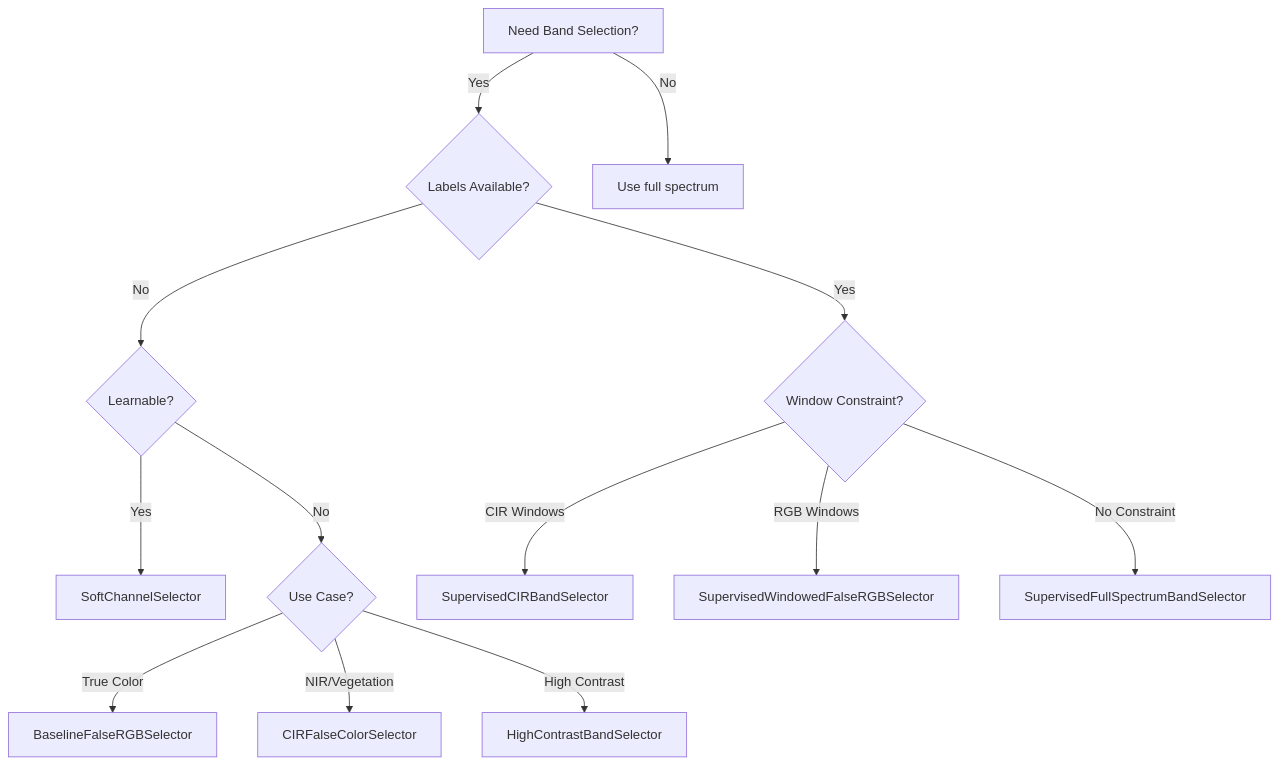
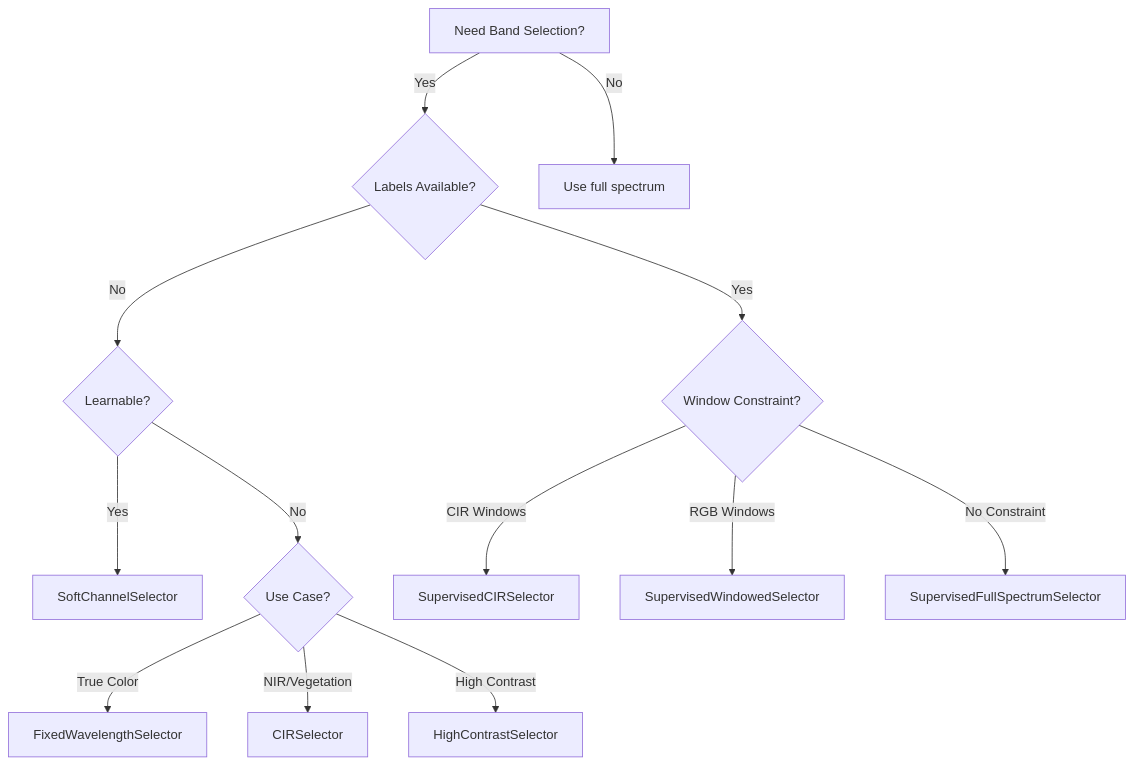
Before and after one commit to cubert-hyperspectral/cuvis-ai: the diagram in docs/node-catalog/selectors.md, drawn with Mermaid. The commit also changed other lines of this file and 145 other files, not shown here.

````diff
--- a/docs/node-catalog/selectors.md
+++ b/docs/node-catalog/selectors.md
@@ -750,19 +751,19 @@
 ```mermaid
 graph TD
     A[Need Band Selection?] -->|Yes| B{Labels Available?}
     A -->|No| Z[Use full spectrum]
 
     B -->|No| C{Learnable?}
     B -->|Yes| D{Window Constraint?}
 
     C -->|Yes| E[SoftChannelSelector]
     C -->|No| F{Use Case?}
 
-    F -->|True Color| G[BaselineFalseRGBSelector]
-    F -->|NIR/Vegetation| H[CIRFalseColorSelector]
-    F -->|High Contrast| I[HighContrastBandSelector]
+    F -->|True Color| G[FixedWavelengthSelector]
+    F -->|NIR/Vegetation| H[CIRSelector]
+    F -->|High Contrast| I[HighContrastSelector]
 
-    D -->|CIR Windows| J[SupervisedCIRBandSelector]
-    D -->|RGB Windows| K[SupervisedWindowedFalseRGBSelector]
-    D -->|No Constraint| L[SupervisedFullSpectrumBandSelector]
+    D -->|CIR Windows| J[SupervisedCIRSelector]
+    D -->|RGB Windows| K[SupervisedWindowedSelector]
+    D -->|No Constraint| L[SupervisedFullSpectrumSelector]
 ```
````
